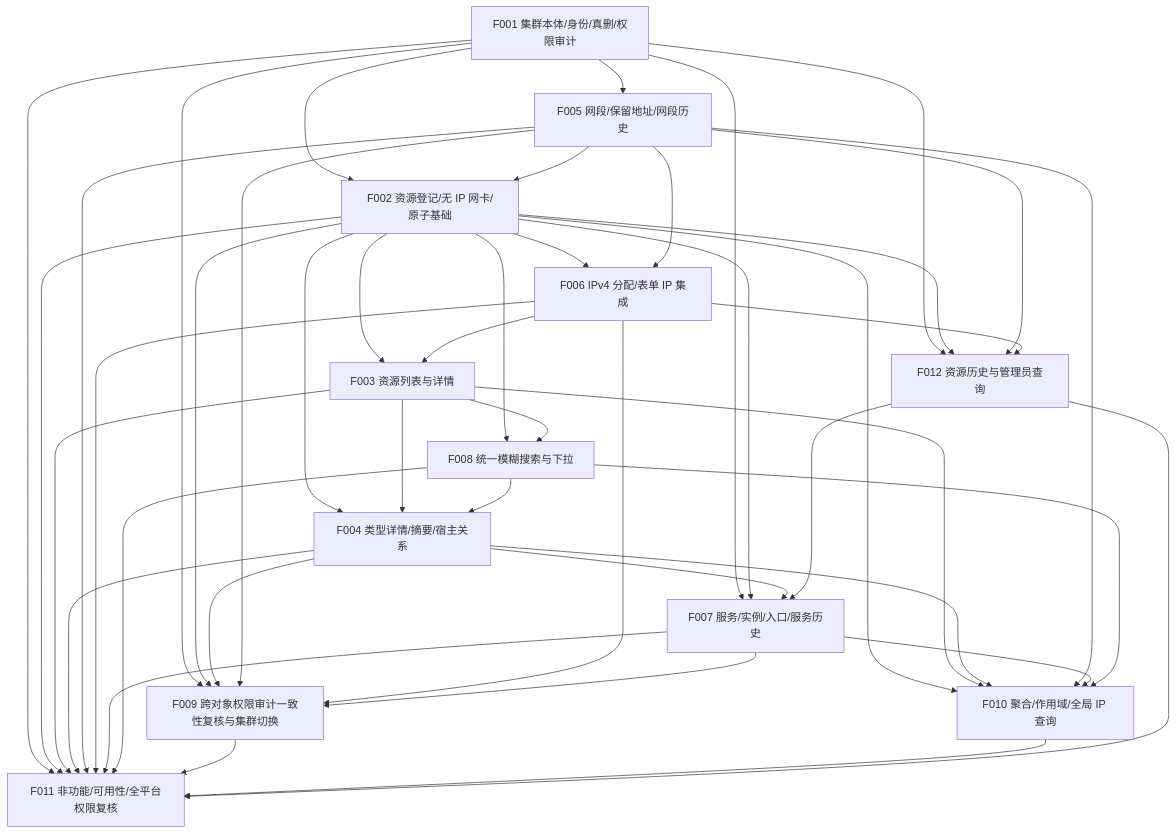
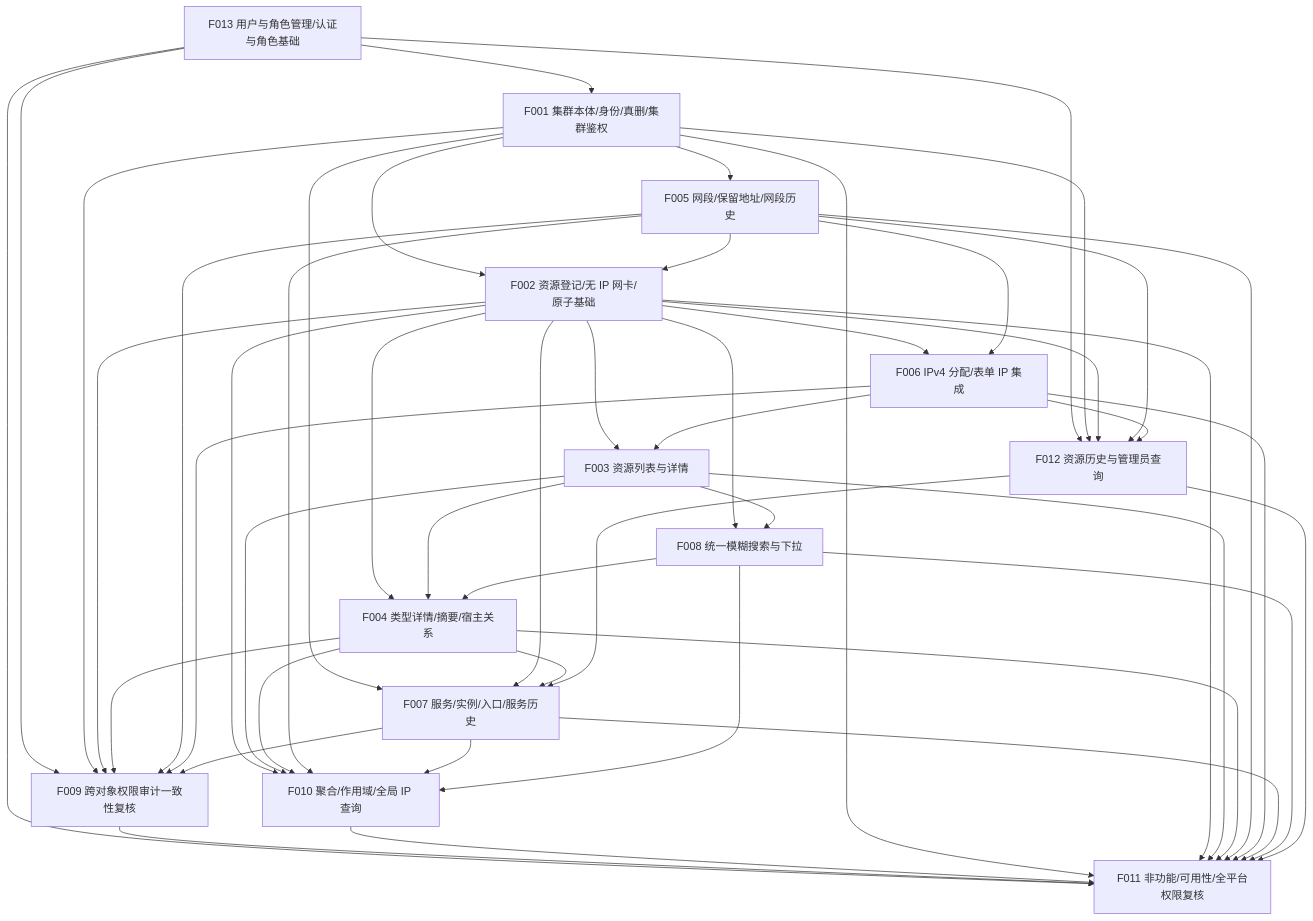
The diagram in docs/project/dependency-map.md (47oo/csm), drawn with Mermaid before and after one commit. The commit also changed other lines of this file and 4 other files, not shown here.

````diff
--- a/docs/project/dependency-map.md
+++ b/docs/project/dependency-map.md
@@ -38,59 +40,64 @@
 ```mermaid
 graph TD
-  F001[F001 集群本体/身份/真删/权限审计]
+  F013[F013 用户与角色管理/认证与角色基础]
+  F001[F001 集群本体/身份/真删/集群鉴权]
+  F005[F005 网段/保留地址/网段历史]
   F002[F002 资源登记/无 IP 网卡/原子基础]
+  F006[F006 IPv4 分配/表单 IP 集成]
+  F012[F012 资源历史与管理员查询]
   F003[F003 资源列表与详情]
+  F008[F008 统一模糊搜索与下拉]
   F004[F004 类型详情/摘要/宿主关系]
-  F005[F005 网段/保留地址/网段历史]
-  F006[F006 IPv4 分配/表单 IP 集成]
   F007[F007 服务/实例/入口/服务历史]
-  F008[F008 统一模糊搜索与下拉]
-  F009[F009 跨对象权限审计一致性复核与集群切换]
+  F009[F009 跨对象权限审计一致性复核]
   F010[F010 聚合/作用域/全局 IP 查询]
   F011[F011 非功能/可用性/全平台权限复核]
-  F012[F012 资源历史与管理员查询]
 
+  F013 --> F001
+  F013 --> F009
+  F013 --> F011
+  F013 --> F012
+  F001 --> F005
   F001 --> F002
   F005 --> F002
+  F002 --> F006
+  F005 --> F006
+  F001 --> F012
+  F002 --> F012
+  F005 --> F012
+  F006 --> F012
   F002 --> F003
   F006 --> F003
+  F002 --> F008
+  F003 --> F008
   F002 --> F004
   F003 --> F004
   F008 --> F004
-  F001 --> F005
-  F002 --> F006
-  F005 --> F006
   F001 --> F007
   F002 --> F007
   F004 --> F007
   F012 --> F007
-  F002 --> F008
-  F003 --> F008
   F001 --> F009
   F002 --> F009
   F004 --> F009
   F005 --> F009
   F006 --> F009
   F007 --> F009
   F002 --> F010
   F003 --> F010
   F004 --> F010
   F005 --> F010
   F007 --> F010
   F008 --> F010
+  F009 --> F011
+  F010 --> F011
   F001 --> F011
   F002 --> F011
   F003 --> F011
   F004 --> F011
   F005 --> F011
   F006 --> F011
   F007 --> F011
   F008 --> F011
-  F009 --> F011
-  F010 --> F011
   F012 --> F011
-  F001 --> F012
-  F002 --> F012
-  F005 --> F012
-  F006 --> F012
 ```
````
